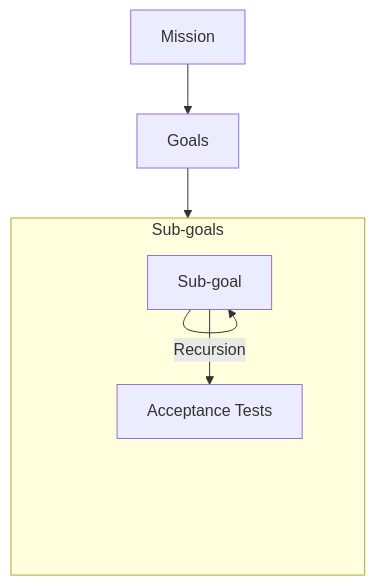
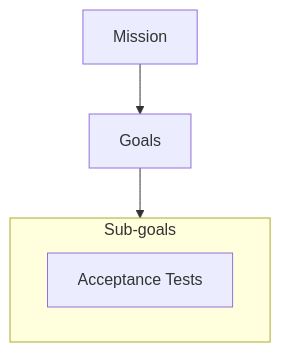
One commit to gritlabs1/gritlabs changed the diagram in docs/pages/templates1/GOALS.md. Above: the diagram before and after it, drawn with Mermaid.

Commit message:
Try a simpler goals diagram

```diff
--- a/docs/pages/templates1/GOALS.md
+++ b/docs/pages/templates1/GOALS.md
@@ -7,15 +7,12 @@
-<div class="mermaid" style="text-align: center; ">
+<div class="mermaid" style="text-align: center; padding-top: 20px;">
 flowchart TD
     Mission["Mission"]
     Goals["Goals"]
     Mission --> Goals
     Goals --> Subgoals
     subgraph Subgoals["Sub-goals"]
-        direction TB
-        subgoalitem["Sub-goal"]
-        subgoalitem -- Recursion --> subgoalitem
-        subgoalitem --> AccTests["Acceptance Tests"]
+        AccTests@{ shape: rect, label: "Acceptance Tests", width: 240 }
     end
 
     
 </div>
```
